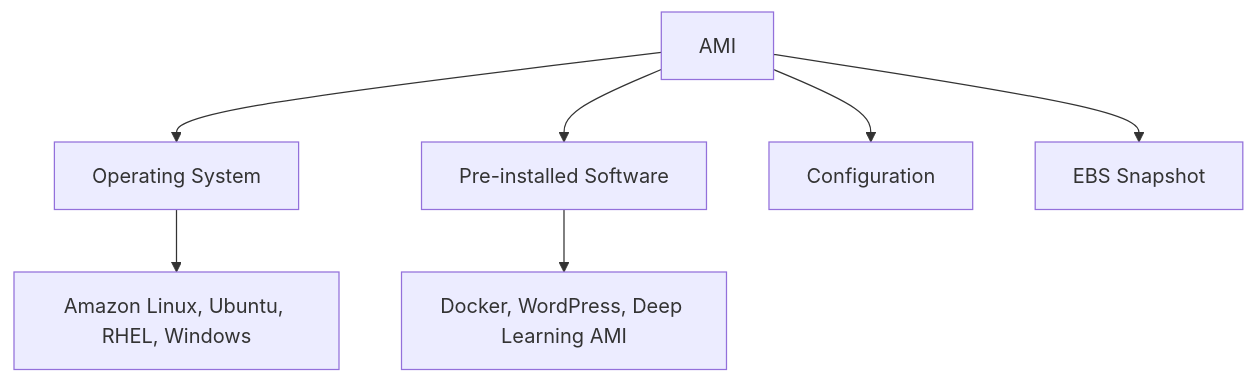
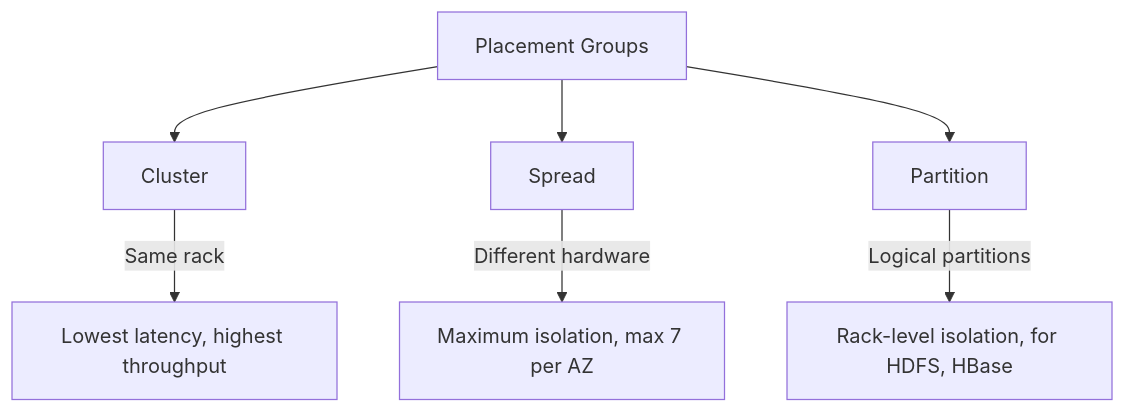
Before and after one commit to vanos001/placement_prep: the fifth of 8 diagrams in src/cloud/aws/ec2.md, drawn with Mermaid. The commit also changed other lines of this file and 22 other files, not shown here.

Commit message:
Add ML/AI section to SUMMARY.md: 100+ pages covering foundations, classical ML, deep learning, transformers, LLMs, vision, multimodal, MoE, SOTA models

````diff
--- a/src/cloud/aws/ec2.md
+++ b/src/cloud/aws/ec2.md
@@ -62,10 +132,10 @@
 ```mermaid
-graph TD
-    AMI[AMI] --> OS[Operating System]
-    AMI --> APP[Pre-installed Software]
-    AMI --> CONFIG[Configuration]
-    AMI --> EBS_SNAP[EBS Snapshot]
+graph TB
+    PG[Placement Groups] --> CLUSTER[Cluster]
+    PG --> SPREAD[Spread]
+    PG --> PARTITION[Partition]
 
-    OS --> LINUX[Amazon Linux, Ubuntu, RHEL, Windows]
-    APP --> SOFTWARE[Docker, WordPress, Deep Learning AMI]
+    CLUSTER --> |Same rack| CL_D[Lowest latency, highest throughput]
+    SPREAD --> |Different hardware| SP_D[Maximum isolation, max 7 per AZ]
+    PARTITION --> |Logical partitions| PA_D[Rack-level isolation, for HDFS, HBase]
 ```
````
